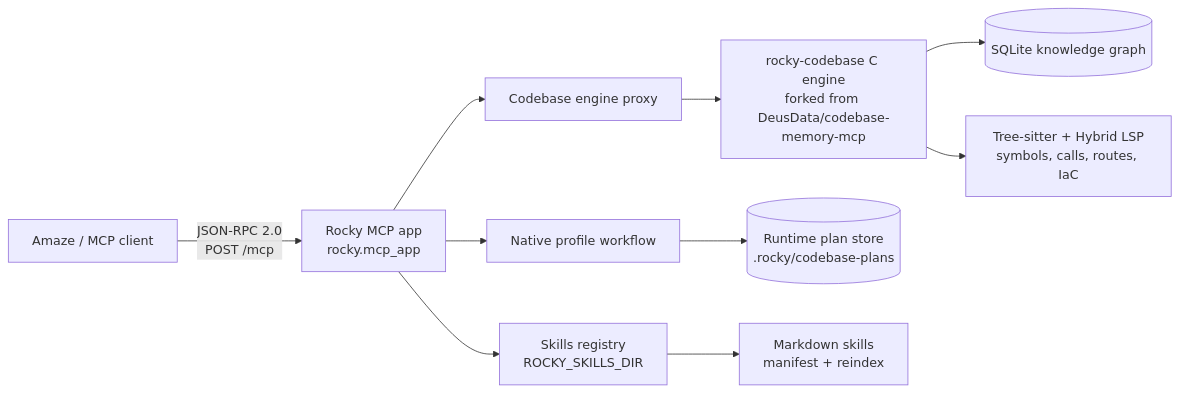
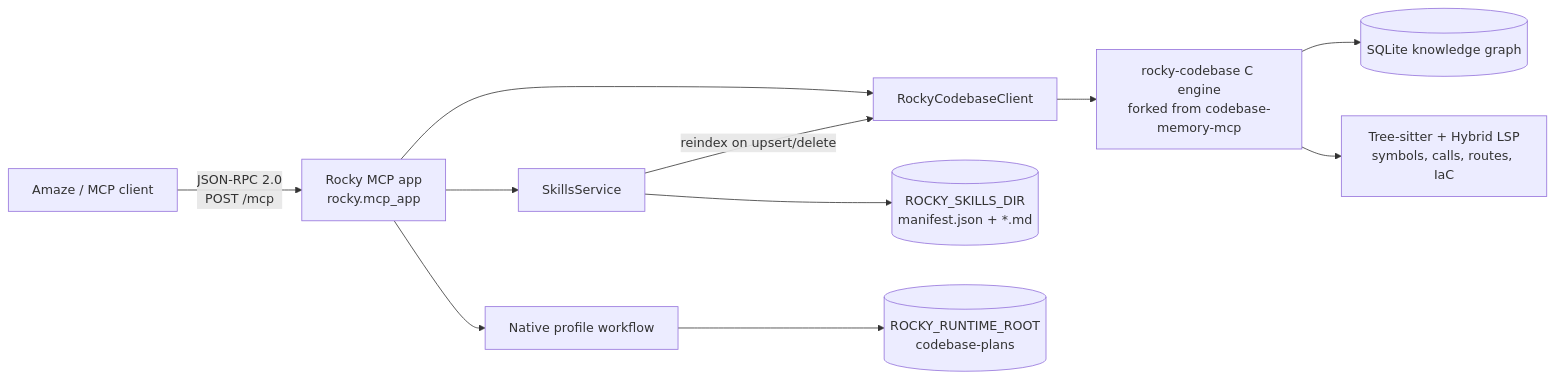
The diagram in README.md (steve-8000/rocky), drawn with Mermaid before and after one commit. The commit also changed other lines of this file, not shown here.

Commit message:
docs: rewrite README from codebase review

````diff
--- a/README.md
+++ b/README.md
@@ -165,12 +26,13 @@
 ```mermaid
 flowchart LR
     A[Amaze / MCP client] -->|JSON-RPC 2.0<br/>POST /mcp| B[Rocky MCP app<br/>rocky.mcp_app]
-    B --> C[Skills registry<br/>ROCKY_SKILLS_DIR]
-    B --> D[Codebase engine proxy]
+    B --> C[SkillsService]
+    B --> D[RockyCodebaseClient]
     B --> E[Native profile workflow]
-    D --> F[rocky-codebase C engine<br/>forked from DeusData/codebase-memory-mcp]
-    F --> G[(SQLite knowledge graph)]
-    F --> H[Tree-sitter + Hybrid LSP<br/>symbols, calls, routes, IaC]
-    E --> I[(Runtime plan store<br/>.rocky/codebase-plans)]
-    C --> J[Markdown skills<br/>manifest + reindex]
+    C --> F[(ROCKY_SKILLS_DIR<br/>manifest.json + *.md)]
+    C -->|reindex on upsert/delete| D
+    D --> G[rocky-codebase C engine<br/>forked from codebase-memory-mcp]
+    G --> H[(SQLite knowledge graph)]
+    G --> I[Tree-sitter + Hybrid LSP<br/>symbols, calls, routes, IaC]
+    E --> J[(ROCKY_RUNTIME_ROOT<br/>codebase-plans)]
 ```
````
